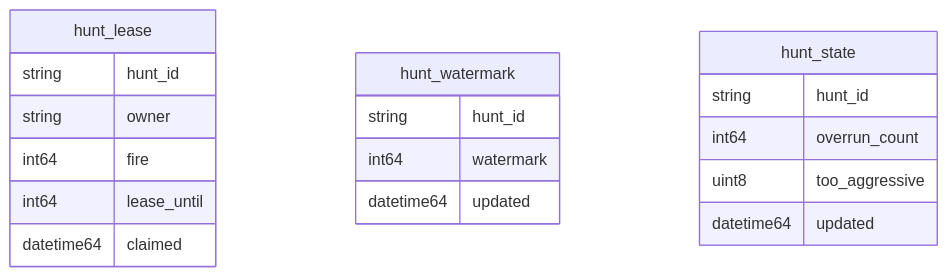
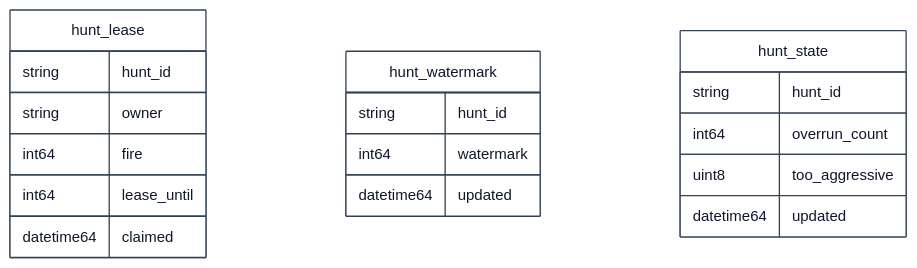
One commit to hyperi-io/dfe-engine changed the seventh of 8 diagrams in docs/control-plane/governed-ops-design.md. Above: the diagram before and after it, drawn with Mermaid. The commit also changed other lines of this file and 30 other files, not shown here.

First line of the commit message:
docs(diagrams): house style for every Mermaid diagram (#1207)

````diff
--- a/docs/control-plane/governed-ops-design.md
+++ b/docs/control-plane/governed-ops-design.md
@@ -232,23 +522,67 @@
 ```mermaid
+---
+config:
+  theme: base
+  fontFamily: Inter, -apple-system, Segoe UI, Roboto, Helvetica, Arial, sans-serif
+  themeVariables:
+    fontSize: 15px
+    lineColor: "#64748B"
+    primaryTextColor: "#0F172A"
+    clusterBorder: "#0072B2"
+    edgeLabelBackground: "#FFFFFF"
+    primaryColor: "#FFFFFF"
+    primaryBorderColor: "#334155"
+    secondaryColor: "#F8FAFC"
+    tertiaryColor: "#FFFFFF"
+    textColor: "#0F172A"
+    actorBkg: "#FFFFFF"
+    actorBorder: "#334155"
+    actorTextColor: "#0F172A"
+    actorLineColor: "#94A3B8"
+    signalColor: "#64748B"
+    signalTextColor: "#0F172A"
+    sequenceNumberColor: "#FFFFFF"
+    labelBoxBkgColor: "#FFFFFF"
+    labelBoxBorderColor: "#64748B"
+    labelTextColor: "#0F172A"
+    loopTextColor: "#0F172A"
+    noteBkgColor: "#FFFFFF"
+    noteBorderColor: "#94A3B8"
+    noteTextColor: "#0F172A"
+    transitionColor: "#64748B"
+    transitionLabelColor: "#0F172A"
+    stateLabelColor: "#0F172A"
+    stateBkg: "#FFFFFF"
+    labelBackgroundColor: "#FFFFFF"
+    compositeBackground: "#FFFFFF"
+    attributeBackgroundColorOdd: "#FFFFFF"
+    attributeBackgroundColorEven: "#F8FAFC"
+  themeCSS: >-
+    p{margin:0}
+    .node rect,.node polygon,.outer-path{filter:drop-shadow(0 1px 2px rgba(15,23,42,.10)) drop-shadow(0 6px 14px rgba(15,23,42,.10))!important}
+    .messageText,.loopText,.loopText tspan,.labelText,.labelText tspan{stroke:#FFFFFF!important;stroke-width:3px!important;paint-order:stroke;stroke-linejoin:round}
+    .edgeLabel,.edgeLabel p,.labelBkg{background:#FFFFFF!important}
+    .edgeLabel span{background:#FFFFFF!important;color:#1E293B}
+---
 erDiagram
     accTitle: L4 Detail -- Hunt coordination tables
     accDescr: hunt_lease holds the owner and lease expiry of each hunt's current fire, hunt_watermark how far each hunt has run, and hunt_state its overrun count and too_aggressive flag. All three are keyed by hunt_id.
     hunt_lease {
         string hunt_id
         string owner
         int64 fire
         int64 lease_until
         datetime64 claimed
     }
     hunt_watermark {
         string hunt_id
         int64 watermark
         datetime64 updated
     }
     hunt_state {
         string hunt_id
         int64 overrun_count
         uint8 too_aggressive
         datetime64 updated
     }
 ```
````
